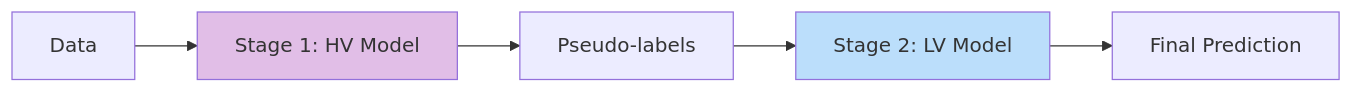
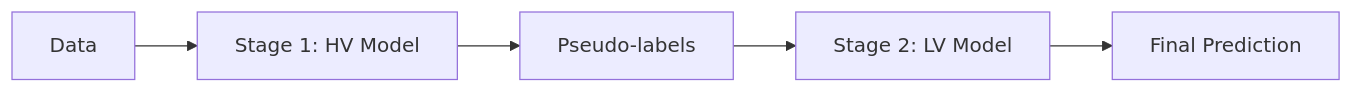
The diagram in docs/index.md (px39n/og-learn), drawn with Mermaid before and after one commit. The commit also changed 1 other file, not shown here.

Commit message:
Add Zenodo DOI badge and dataset links

````diff
--- a/docs/index.md
+++ b/docs/index.md
@@ -26,10 +26,7 @@
 ```mermaid
 flowchart LR
     A[Data] --> B[Stage 1: HV Model]
     B --> C[Pseudo-labels]
     C --> D[Stage 2: LV Model]
     D --> E[Final Prediction]
-    
-    style B fill:#e1bee7
-    style D fill:#bbdefb
 ```
````
